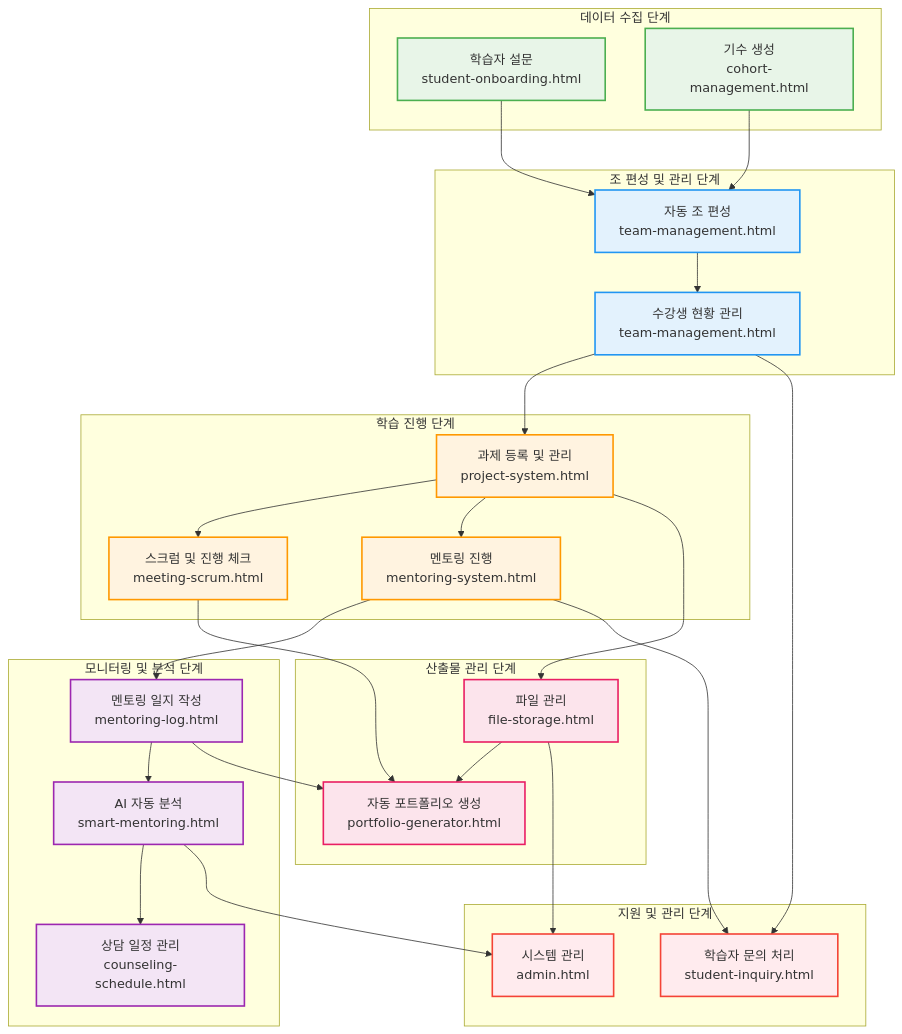
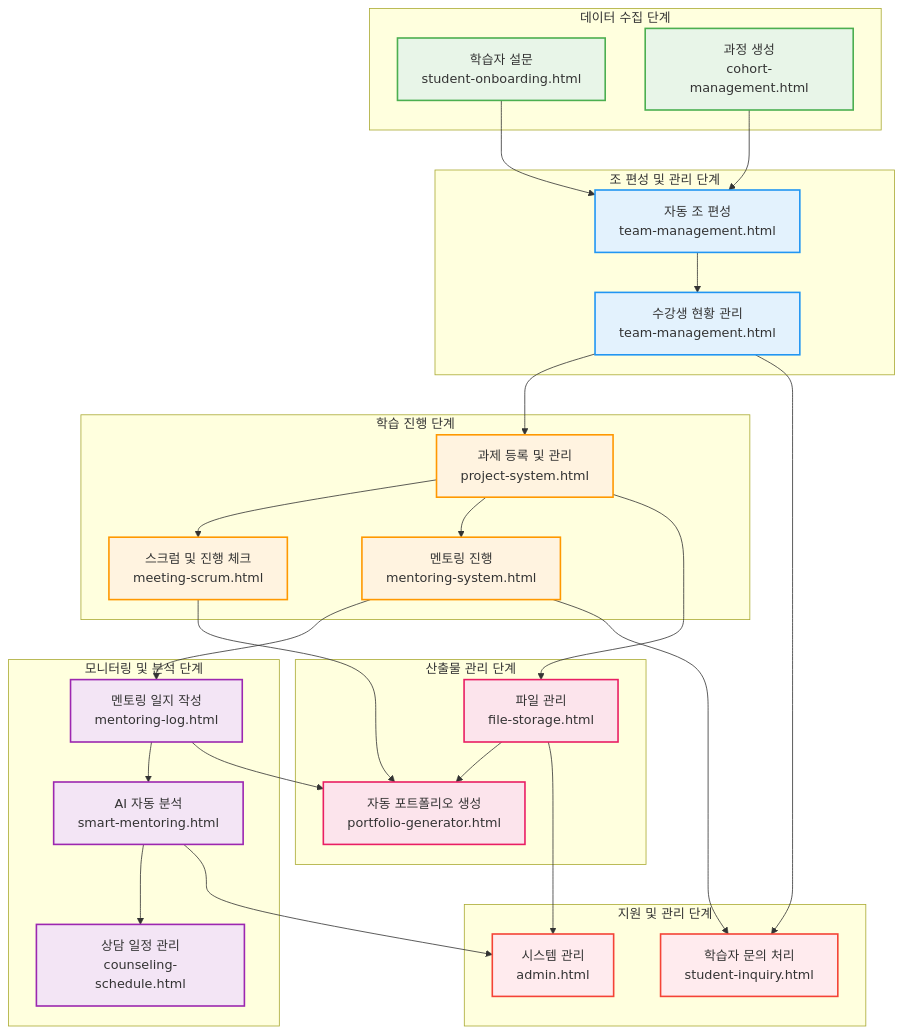
One commit to Chwijung/Wireframe changed the second of 3 diagrams in AI-X-System-Architecture-Diagrams.md. Above: the diagram before and after it, drawn with Mermaid. The commit also changed other lines of this file and 9 other files, not shown here.

````diff
--- a/AI-X-System-Architecture-Diagrams.md
+++ b/AI-X-System-Architecture-Diagrams.md
@@ -121,71 +121,71 @@
 ```mermaid
 flowchart TD
     %% 데이터 플로우 다이어그램
     subgraph "데이터 수집 단계"
         A1[학습자 설문<br/>student-onboarding.html]
-        A2[기수 생성<br/>cohort-management.html]
+        A2[과정 생성<br/>cohort-management.html]
     end
     
     subgraph "조 편성 및 관리 단계"
         B1[자동 조 편성<br/>team-management.html]
         B2[수강생 현황 관리<br/>team-management.html]
     end
     
     subgraph "학습 진행 단계"
         C1[과제 등록 및 관리<br/>project-system.html]
         C2[스크럼 및 진행 체크<br/>meeting-scrum.html]
         C3[멘토링 진행<br/>mentoring-system.html]
     end
     
     subgraph "모니터링 및 분석 단계"
         D1[멘토링 일지 작성<br/>mentoring-log.html]
         D2[AI 자동 분석<br/>smart-mentoring.html]
         D3[상담 일정 관리<br/>counseling-schedule.html]
     end
     
     subgraph "산출물 관리 단계"
         E1[파일 관리<br/>file-storage.html]
         E2[자동 포트폴리오 생성<br/>portfolio-generator.html]
     end
     
     subgraph "지원 및 관리 단계"
         F1[학습자 문의 처리<br/>student-inquiry.html]
         F2[시스템 관리<br/>admin.html]
     end
     
     %% 데이터 플로우 연결
     A1 --> B1
     A2 --> B1
     B1 --> B2
     B2 --> C1
     C1 --> C2
     C1 --> C3
     C3 --> D1
     D1 --> D2
     D2 --> D3
     C1 --> E1
     E1 --> E2
     C2 --> E2
     D1 --> E2
     
     %% 지원 시스템 연결
     B2 --> F1
     C3 --> F1
     E1 --> F2
     D2 --> F2
     
     %% 스타일링
     classDef collection fill:#e8f5e8,stroke:#4caf50,stroke-width:2px
     classDef organization fill:#e3f2fd,stroke:#2196f3,stroke-width:2px
     classDef learning fill:#fff3e0,stroke:#ff9800,stroke-width:2px
     classDef monitoring fill:#f3e5f5,stroke:#9c27b0,stroke-width:2px
     classDef output fill:#fce4ec,stroke:#e91e63,stroke-width:2px
     classDef support fill:#ffebee,stroke:#f44336,stroke-width:2px
     
     class A1,A2 collection
     class B1,B2 organization
     class C1,C2,C3 learning
     class D1,D2,D3 monitoring
     class E1,E2 output
     class F1,F2 support
 ```
````
